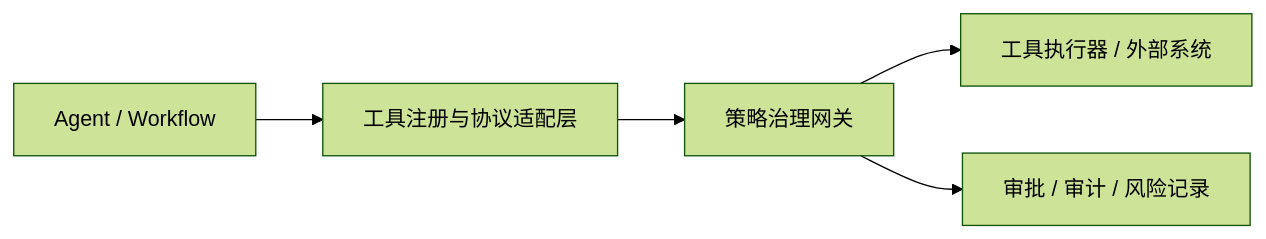
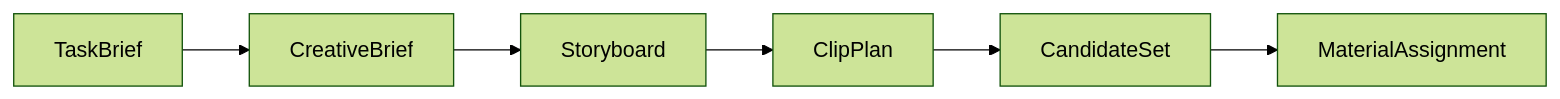
One commit to human-cosmos/search-rec-docs changed the third of 3 diagrams in 00_架构设计总纲.md. Above: the diagram before and after it, drawn with Mermaid (forest theme). The commit also changed other lines of this file and 14 other files, not shown here.

Commit message:
docs: finalize Video/Clip agent scope and remove rights filtering

````diff
--- a/00_架构设计总纲.md
+++ b/00_架构设计总纲.md
@@ -261,7 +121,8 @@
 ```mermaid
 flowchart LR
-  AG[Agent / Workflow] --> REG[工具注册与协议适配层]
-  REG --> POL[策略治理网关]
-  POL --> EXEC[工具执行器 / 外部系统]
-  POL --> AUDIT[审批 / 审计 / 风险记录]
+  TB[TaskBrief] --> CB[CreativeBrief]
+  CB --> SB[Storyboard]
+  SB --> CP[ClipPlan]
+  CP --> CS[CandidateSet]
+  CS --> MA[MaterialAssignment]
 ```
````
